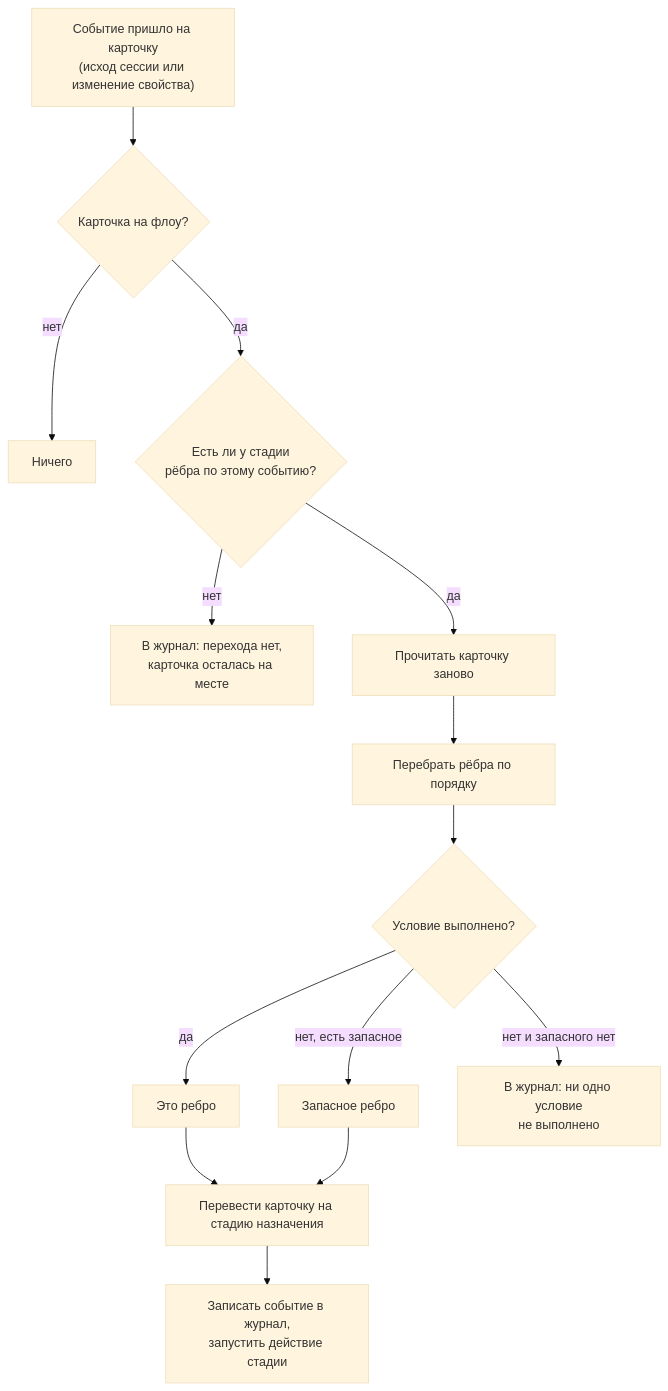
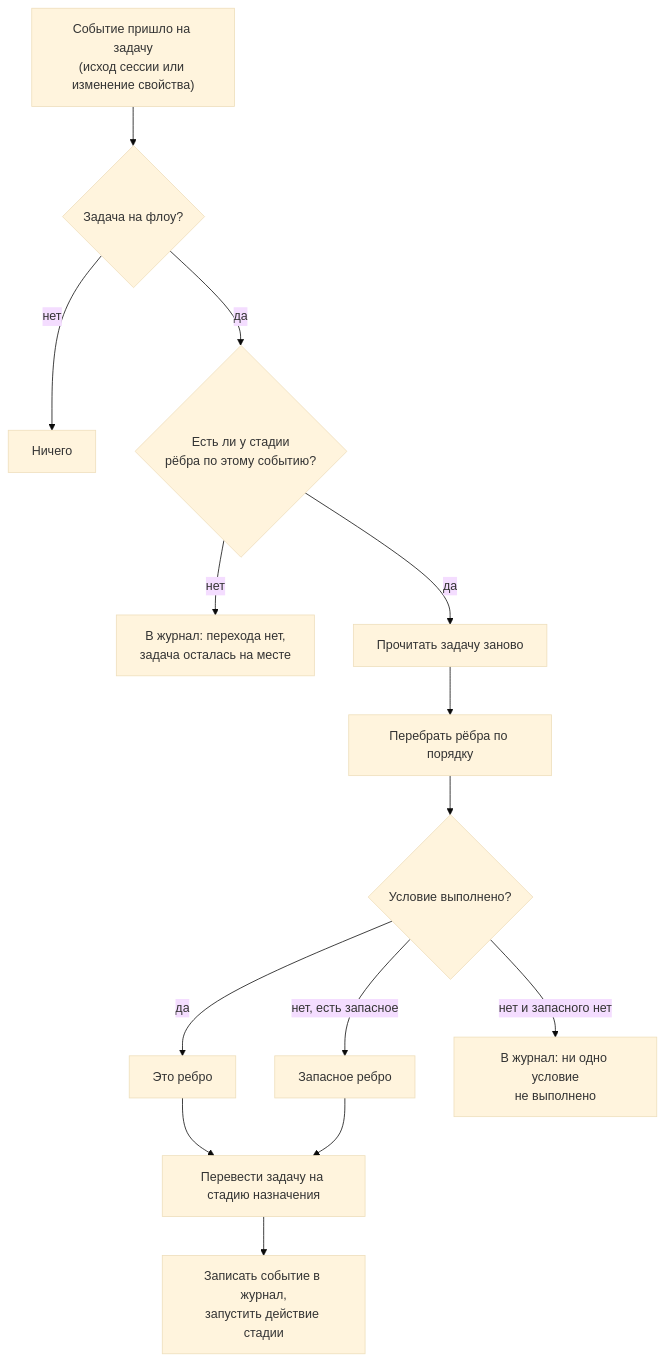
The second of 3 diagrams in docs/system.md (artipop/xxvi), drawn with Mermaid (base theme) before and after one commit. The commit also changed other lines of this file and 40 other files, not shown here.

````diff
--- a/docs/system.md
+++ b/docs/system.md
@@ -451,16 +451,16 @@
 ```mermaid
 flowchart TD
-    E["Событие пришло на карточку<br/>(исход сессии или изменение свойства)"] --> A{"Карточка на флоу?"}
+    E["Событие пришло на задачу<br/>(исход сессии или изменение свойства)"] --> A{"Задача на флоу?"}
     A -- нет --> Z["Ничего"]
     A -- да --> B{"Есть ли у стадии<br/>рёбра по этому событию?"}
-    B -- нет --> C["В журнал: перехода нет,<br/>карточка осталась на месте"]
-    B -- да --> D["Прочитать карточку заново"]
+    B -- нет --> C["В журнал: перехода нет,<br/>задача осталась на месте"]
+    B -- да --> D["Прочитать задачу заново"]
     D --> F["Перебрать рёбра по порядку"]
     F --> G{"Условие выполнено?"}
     G -- да --> H["Это ребро"]
     G -- нет, есть запасное --> I["Запасное ребро"]
     G -- нет и запасного нет --> J["В журнал: ни одно условие<br/>не выполнено"]
-    H --> K["Перевести карточку на стадию назначения"]
+    H --> K["Перевести задачу на стадию назначения"]
     I --> K
     K --> L["Записать событие в журнал,<br/>запустить действие стадии"]
 ```
````
